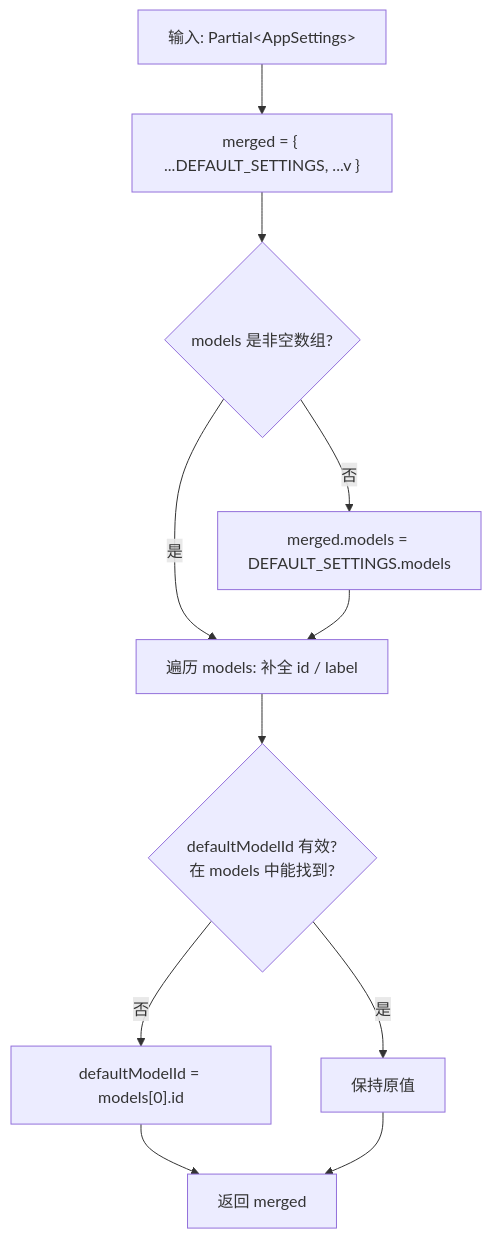
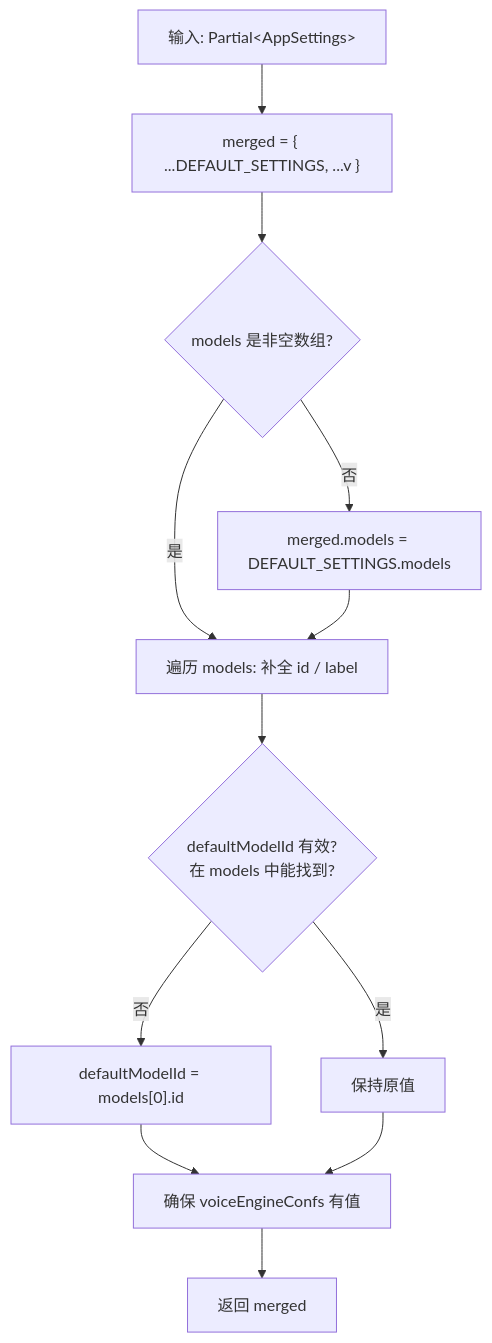
The third of 10 diagrams in docs/architecture/state-management.md (zw123zw/ai-browser), drawn with Mermaid before and after one commit. The commit also changed other lines of this file and 13 other files, not shown here.

````diff
--- a/docs/architecture/state-management.md
+++ b/docs/architecture/state-management.md
@@ -511,13 +477,14 @@
 ```mermaid
 flowchart TD
     A["输入: Partial&lt;AppSettings&gt;"] --> B["merged = { ...DEFAULT_SETTINGS, ...v }"]
     B --> C{"models 是非空数组?"}
     C -->|否| D["merged.models = DEFAULT_SETTINGS.models"]
     C -->|是| E["遍历 models: 补全 id / label"]
     D --> E
     E --> F{"defaultModelId 有效?<br/>在 models 中能找到?"}
     F -->|否| G["defaultModelId = models[0].id"]
     F -->|是| H["保持原值"]
-    G --> I["返回 merged"]
+    G --> I["确保 voiceEngineConfs 有值"]
     H --> I
+    I --> J["返回 merged"]
 ```
````
